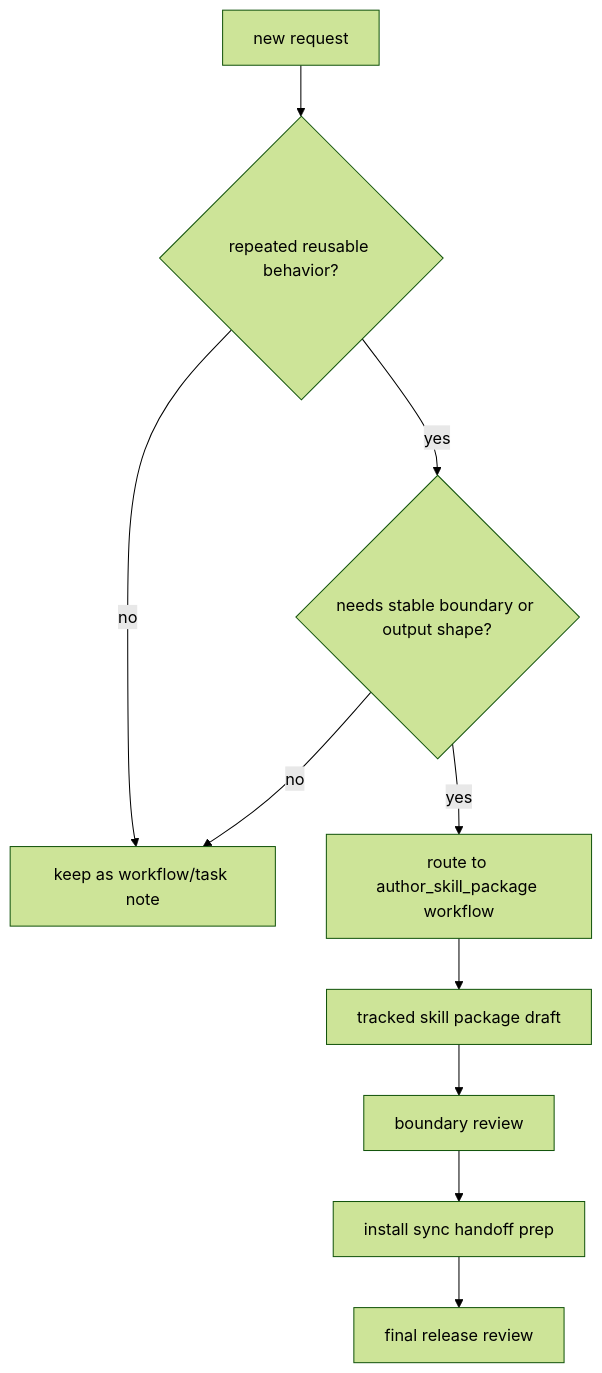
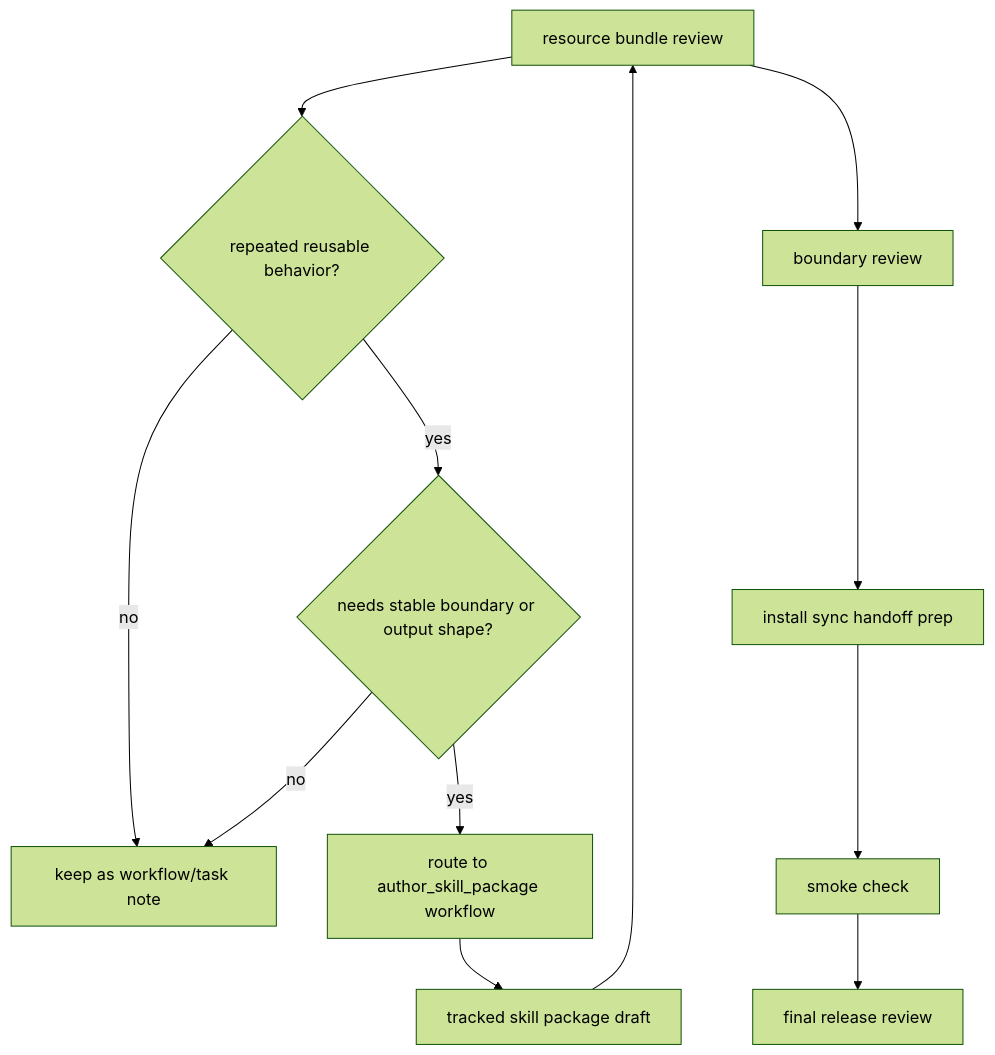
Before and after one commit to SungYongMOON/soulforge: the diagram in .workflow/authoring/SKILL_WORKFLOW_GUIDE.md, drawn with Mermaid (forest theme). The commit also changed other lines of this file and 30 other files, not shown here.

````diff
--- a/.workflow/authoring/SKILL_WORKFLOW_GUIDE.md
+++ b/.workflow/authoring/SKILL_WORKFLOW_GUIDE.md
@@ -25,12 +25,14 @@
 ```mermaid
 flowchart TD
   R["new request"] --> Q{"repeated reusable behavior?"}
   Q -- no --> W["keep as workflow/task note"]
   Q -- yes --> B{"needs stable boundary or output shape?"}
   B -- no --> W
   B -- yes --> S["route to author_skill_package workflow"]
   S --> P["tracked skill package draft"]
-  P --> C["boundary review"]
+  P --> R["resource bundle review"]
+  R --> C["boundary review"]
   C --> H["install sync handoff prep"]
-  H --> F["final release review"]
+  H --> M["smoke check"]
+  M --> F["final release review"]
 ```
````
